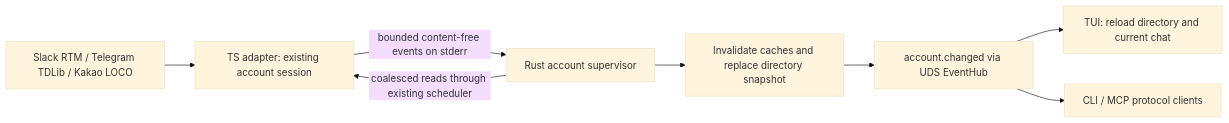
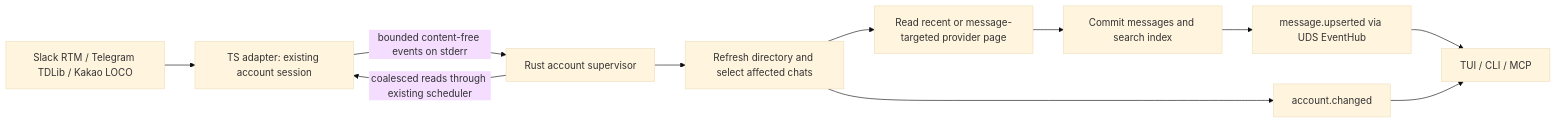
The diagram in docs/19-live-synchronization.md (boaz-hwang/inboxd), drawn with Mermaid (base theme) before and after one commit. The commit also changed other lines of this file and 10 other files, not shown here.

````diff
--- a/docs/19-live-synchronization.md
+++ b/docs/19-live-synchronization.md
@@ -8,10 +9,13 @@
 ```mermaid
 flowchart LR
   P[Slack RTM / Telegram TDLib / Kakao LOCO] --> A[TS adapter: existing account session]
   A -->|bounded content-free events on stderr| R[Rust account supervisor]
   R -->|coalesced reads through existing scheduler| A
-  R --> C[Invalidate caches and replace directory snapshot]
-  C --> E[account.changed via UDS EventHub]
-  E --> T[TUI: reload directory and current chat]
-  E --> M[CLI / MCP protocol clients]
+  R --> C[Refresh directory and select affected chats]
+  C --> H[Read recent or message-targeted provider page]
+  H --> S[Commit messages and search index]
+  S --> E[message.upserted via UDS EventHub]
+  C --> D[account.changed]
+  E --> T[TUI / CLI / MCP]
+  D --> T
 ```
````
